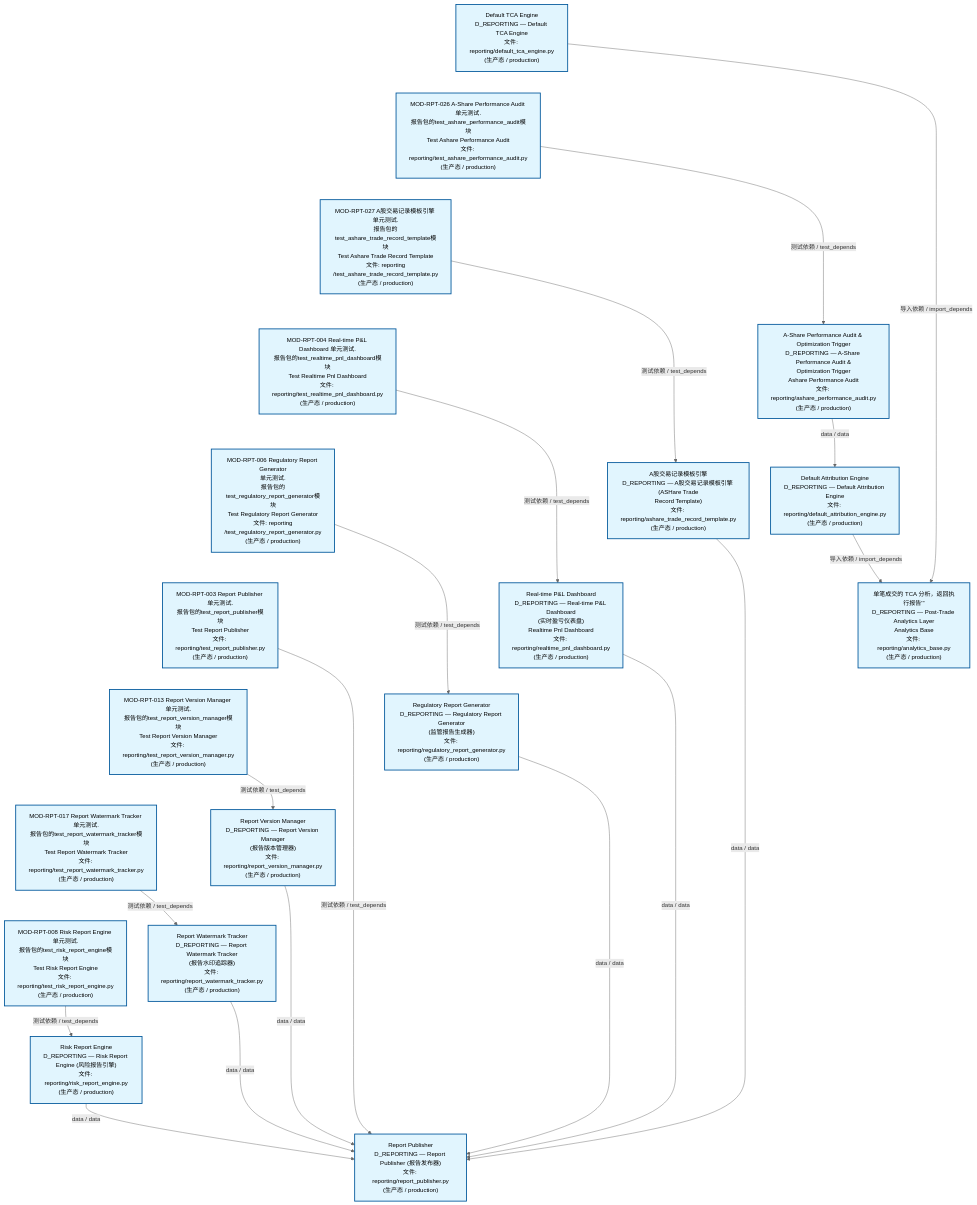
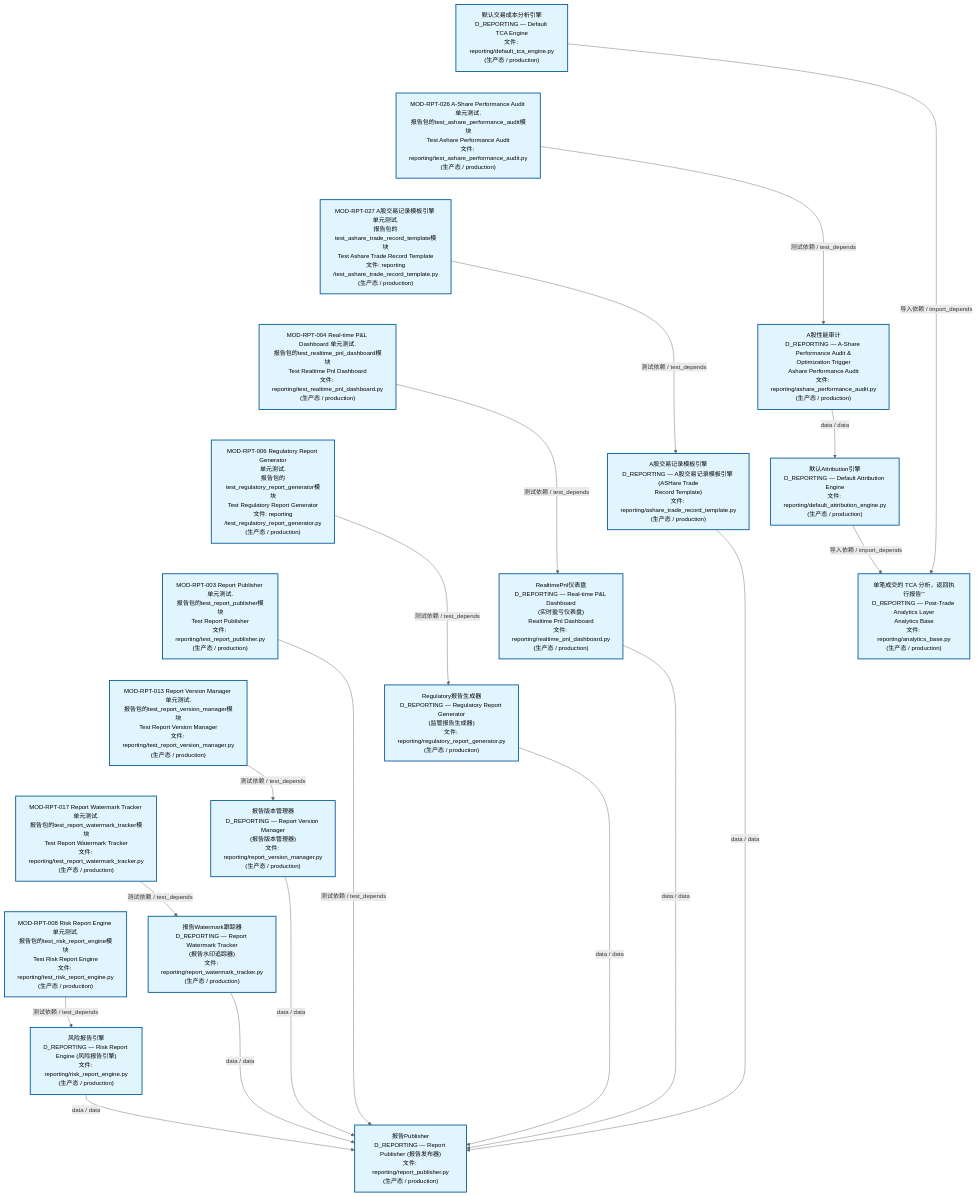
Before and after one commit to xuanFelixVan/ZephyrAlpha: the second of 4 diagrams in docs/02_enterprise_architecture/02_domain_architecture_docs/26_d_reporting.md, drawn with Mermaid. The commit also changed other lines of this file and 52 other files, not shown here.

````diff
--- a/docs/02_enterprise_architecture/02_domain_architecture_docs/26_d_reporting.md
+++ b/docs/02_enterprise_architecture/02_domain_architecture_docs/26_d_reporting.md
@@ -148,60 +148,60 @@
 ```mermaid
 %%{init: {'theme': 'base', 'themeVariables': {'primaryColor': '#eaeaea', 'primaryTextColor': '#333333', 'primaryBorderColor': '#666666', 'lineColor': '#666666', 'secondaryColor': '#eaeaea', 'tertiaryColor': '#eaeaea', 'fontSize': '14px'}}}%%
 flowchart TD
-    src_zephyr_reporting_default_tca_engine_py["Default TCA Engine<br/>D_REPORTING — Default TCA Engine<br/>文件: reporting/default_tca_engine.py<br/>(生产态 / production)"]
+    src_zephyr_reporting_default_tca_engine_py["默认交易成本分析引擎<br/>D_REPORTING — Default TCA Engine<br/>文件: reporting/default_tca_engine.py<br/>(生产态 / production)"]
     tests_reporting_test_ashare_performance_audit_py["MOD-RPT-026 A-Share Performance Audit 单元测试.<br/>报告包的test_ashare_performance_audit模块<br/>Test Ashare Performance Audit<br/>文件: reporting/test_ashare_performance_audit.py<br/>(生产态 / production)"]
     tests_reporting_test_ashare_trade_record_template_py["MOD-RPT-027 A股交易记录模板引擎 单元测试.<br/>报告包的test_ashare_trade_record_template模块<br/>Test Ashare Trade Record Template<br/>文件: reporting<br/>/test_ashare_trade_record_template.py<br/>(生产态 / production)"]
     tests_reporting_test_realtime_pnl_dashboard_py["MOD-RPT-004 Real-time P&L Dashboard 单元测试.<br/>报告包的test_realtime_pnl_dashboard模块<br/>Test Realtime Pnl Dashboard<br/>文件: reporting/test_realtime_pnl_dashboard.py<br/>(生产态 / production)"]
     tests_reporting_test_regulatory_report_generator_py["MOD-RPT-006 Regulatory Report Generator<br/>单元测试.<br/>报告包的test_regulatory_report_generator模块<br/>Test Regulatory Report Generator<br/>文件: reporting<br/>/test_regulatory_report_generator.py<br/>(生产态 / production)"]
     tests_reporting_test_report_publisher_py["MOD-RPT-003 Report Publisher 单元测试.<br/>报告包的test_report_publisher模块<br/>Test Report Publisher<br/>文件: reporting/test_report_publisher.py<br/>(生产态 / production)"]
     tests_reporting_test_report_version_manager_py["MOD-RPT-013 Report Version Manager 单元测试.<br/>报告包的test_report_version_manager模块<br/>Test Report Version Manager<br/>文件: reporting/test_report_version_manager.py<br/>(生产态 / production)"]
     tests_reporting_test_report_watermark_tracker_py["MOD-RPT-017 Report Watermark Tracker 单元测试.<br/>报告包的test_report_watermark_tracker模块<br/>Test Report Watermark Tracker<br/>文件: reporting/test_report_watermark_tracker.py<br/>(生产态 / production)"]
     tests_reporting_test_risk_report_engine_py["MOD-RPT-008 Risk Report Engine 单元测试.<br/>报告包的test_risk_report_engine模块<br/>Test Risk Report Engine<br/>文件: reporting/test_risk_report_engine.py<br/>(生产态 / production)"]
     src_zephyr_reporting_default_tca_engine_py ~~~ tests_reporting_test_ashare_performance_audit_py
     tests_reporting_test_ashare_performance_audit_py ~~~ tests_reporting_test_ashare_trade_record_template_py
     tests_reporting_test_ashare_trade_record_template_py ~~~ tests_reporting_test_realtime_pnl_dashboard_py
     tests_reporting_test_realtime_pnl_dashboard_py ~~~ tests_reporting_test_regulatory_report_generator_py
     tests_reporting_test_regulatory_report_generator_py ~~~ tests_reporting_test_report_publisher_py
     tests_reporting_test_report_publisher_py ~~~ tests_reporting_test_report_version_manager_py
     tests_reporting_test_report_version_manager_py ~~~ tests_reporting_test_report_watermark_tracker_py
     tests_reporting_test_report_watermark_tracker_py ~~~ tests_reporting_test_risk_report_engine_py
-    src_zephyr_reporting_ashare_performance_audit_py["A-Share Performance Audit & Optimization Trigger<br/>D_REPORTING — A-Share Performance Audit &<br/>Optimization Trigger<br/>Ashare Performance Audit<br/>文件: reporting/ashare_performance_audit.py<br/>(生产态 / production)"]
+    src_zephyr_reporting_ashare_performance_audit_py["A股性能审计<br/>D_REPORTING — A-Share Performance Audit &<br/>Optimization Trigger<br/>Ashare Performance Audit<br/>文件: reporting/ashare_performance_audit.py<br/>(生产态 / production)"]
     src_zephyr_reporting_ashare_trade_record_template_py["A股交易记录模板引擎<br/>D_REPORTING — A股交易记录模板引擎 (ASHare Trade<br/>Record Template)<br/>文件: reporting/ashare_trade_record_template.py<br/>(生产态 / production)"]
-    src_zephyr_reporting_realtime_pnl_dashboard_py["Real-time P&L Dashboard<br/>D_REPORTING — Real-time P&L Dashboard<br/>(实时盈亏仪表盘)<br/>Realtime Pnl Dashboard<br/>文件: reporting/realtime_pnl_dashboard.py<br/>(生产态 / production)"]
-    src_zephyr_reporting_regulatory_report_generator_py["Regulatory Report Generator<br/>D_REPORTING — Regulatory Report Generator<br/>(监管报告生成器)<br/>文件: reporting/regulatory_report_generator.py<br/>(生产态 / production)"]
-    src_zephyr_reporting_report_version_manager_py["Report Version Manager<br/>D_REPORTING — Report Version Manager<br/>(报告版本管理器)<br/>文件: reporting/report_version_manager.py<br/>(生产态 / production)"]
-    src_zephyr_reporting_report_watermark_tracker_py["Report Watermark Tracker<br/>D_REPORTING — Report Watermark Tracker<br/>(报告水印追踪器)<br/>文件: reporting/report_watermark_tracker.py<br/>(生产态 / production)"]
-    src_zephyr_reporting_risk_report_engine_py["Risk Report Engine<br/>D_REPORTING — Risk Report Engine (风险报告引擎)<br/>文件: reporting/risk_report_engine.py<br/>(生产态 / production)"]
+    src_zephyr_reporting_realtime_pnl_dashboard_py["RealtimePnl仪表盘<br/>D_REPORTING — Real-time P&L Dashboard<br/>(实时盈亏仪表盘)<br/>Realtime Pnl Dashboard<br/>文件: reporting/realtime_pnl_dashboard.py<br/>(生产态 / production)"]
+    src_zephyr_reporting_regulatory_report_generator_py["Regulatory报告生成器<br/>D_REPORTING — Regulatory Report Generator<br/>(监管报告生成器)<br/>文件: reporting/regulatory_report_generator.py<br/>(生产态 / production)"]
+    src_zephyr_reporting_report_version_manager_py["报告版本管理器<br/>D_REPORTING — Report Version Manager<br/>(报告版本管理器)<br/>文件: reporting/report_version_manager.py<br/>(生产态 / production)"]
+    src_zephyr_reporting_report_watermark_tracker_py["报告Watermark跟踪器<br/>D_REPORTING — Report Watermark Tracker<br/>(报告水印追踪器)<br/>文件: reporting/report_watermark_tracker.py<br/>(生产态 / production)"]
+    src_zephyr_reporting_risk_report_engine_py["风险报告引擎<br/>D_REPORTING — Risk Report Engine (风险报告引擎)<br/>文件: reporting/risk_report_engine.py<br/>(生产态 / production)"]
     src_zephyr_reporting_ashare_performance_audit_py ~~~ src_zephyr_reporting_ashare_trade_record_template_py
     src_zephyr_reporting_ashare_trade_record_template_py ~~~ src_zephyr_reporting_realtime_pnl_dashboard_py
     src_zephyr_reporting_realtime_pnl_dashboard_py ~~~ src_zephyr_reporting_regulatory_report_generator_py
     src_zephyr_reporting_regulatory_report_generator_py ~~~ src_zephyr_reporting_report_version_manager_py
     src_zephyr_reporting_report_version_manager_py ~~~ src_zephyr_reporting_report_watermark_tracker_py
     src_zephyr_reporting_report_watermark_tracker_py ~~~ src_zephyr_reporting_risk_report_engine_py
-    src_zephyr_reporting_default_attribution_engine_py["Default Attribution Engine<br/>D_REPORTING — Default Attribution Engine<br/>文件: reporting/default_attribution_engine.py<br/>(生产态 / production)"]
-    src_zephyr_reporting_report_publisher_py["Report Publisher<br/>D_REPORTING — Report Publisher (报告发布器)<br/>文件: reporting/report_publisher.py<br/>(生产态 / production)"]
+    src_zephyr_reporting_default_attribution_engine_py["默认Attribution引擎<br/>D_REPORTING — Default Attribution Engine<br/>文件: reporting/default_attribution_engine.py<br/>(生产态 / production)"]
+    src_zephyr_reporting_report_publisher_py["报告Publisher<br/>D_REPORTING — Report Publisher (报告发布器)<br/>文件: reporting/report_publisher.py<br/>(生产态 / production)"]
     src_zephyr_reporting_default_attribution_engine_py ~~~ src_zephyr_reporting_report_publisher_py
     src_zephyr_reporting_analytics_base_py["单笔成交的 TCA 分析，返回执行报告'''<br/>D_REPORTING — Post-Trade Analytics Layer<br/>Analytics Base<br/>文件: reporting/analytics_base.py<br/>(生产态 / production)"]
     src_zephyr_reporting_ashare_performance_audit_py -->|data / data| src_zephyr_reporting_default_attribution_engine_py
     src_zephyr_reporting_ashare_trade_record_template_py -->|data / data| src_zephyr_reporting_report_publisher_py
     src_zephyr_reporting_default_attribution_engine_py -->|导入依赖 / import_depends| src_zephyr_reporting_analytics_base_py
     src_zephyr_reporting_realtime_pnl_dashboard_py -->|data / data| src_zephyr_reporting_report_publisher_py
     src_zephyr_reporting_default_tca_engine_py -->|导入依赖 / import_depends| src_zephyr_reporting_analytics_base_py
     src_zephyr_reporting_regulatory_report_generator_py -->|data / data| src_zephyr_reporting_report_publisher_py
     src_zephyr_reporting_risk_report_engine_py -->|data / data| src_zephyr_reporting_report_publisher_py
     src_zephyr_reporting_report_watermark_tracker_py -->|data / data| src_zephyr_reporting_report_publisher_py
     src_zephyr_reporting_report_version_manager_py -->|data / data| src_zephyr_reporting_report_publisher_py
     tests_reporting_test_ashare_trade_record_template_py -->|测试依赖 / test_depends| src_zephyr_reporting_ashare_trade_record_template_py
     tests_reporting_test_report_publisher_py -->|测试依赖 / test_depends| src_zephyr_reporting_report_publisher_py
     tests_reporting_test_regulatory_report_generator_py -->|测试依赖 / test_depends| src_zephyr_reporting_regulatory_report_generator_py
     tests_reporting_test_report_version_manager_py -->|测试依赖 / test_depends| src_zephyr_reporting_report_version_manager_py
     tests_reporting_test_report_watermark_tracker_py -->|测试依赖 / test_depends| src_zephyr_reporting_report_watermark_tracker_py
     tests_reporting_test_ashare_performance_audit_py -->|测试依赖 / test_depends| src_zephyr_reporting_ashare_performance_audit_py
     tests_reporting_test_risk_report_engine_py -->|测试依赖 / test_depends| src_zephyr_reporting_risk_report_engine_py
     tests_reporting_test_realtime_pnl_dashboard_py -->|测试依赖 / test_depends| src_zephyr_reporting_realtime_pnl_dashboard_py
     classDef production fill:#e1f5fe,stroke:#01579b,stroke-width:2px,color:#000
     classDef design fill:#fff3e0,stroke:#e65100,stroke-width:2px,color:#000,stroke-dasharray: 5 5
     classDef external_prod fill:#e8f4fd,stroke:#0277bd,stroke-width:1px,color:#000
     classDef external_design fill:#fff8e7,stroke:#ef6c00,stroke-width:1px,color:#000,stroke-dasharray: 5 5
     class src_zephyr_reporting_analytics_base_py,src_zephyr_reporting_ashare_performance_audit_py,src_zephyr_reporting_ashare_trade_record_template_py,src_zephyr_reporting_default_attribution_engine_py,src_zephyr_reporting_default_tca_engine_py,src_zephyr_reporting_realtime_pnl_dashboard_py,src_zephyr_reporting_regulatory_report_generator_py,src_zephyr_reporting_report_publisher_py,src_zephyr_reporting_report_version_manager_py,src_zephyr_reporting_report_watermark_tracker_py,src_zephyr_reporting_risk_report_engine_py,tests_reporting_test_ashare_performance_audit_py,tests_reporting_test_ashare_trade_record_template_py,tests_reporting_test_realtime_pnl_dashboard_py,tests_reporting_test_regulatory_report_generator_py,tests_reporting_test_report_publisher_py,tests_reporting_test_report_version_manager_py,tests_reporting_test_report_watermark_tracker_py,tests_reporting_test_risk_report_engine_py production
 ```
````
